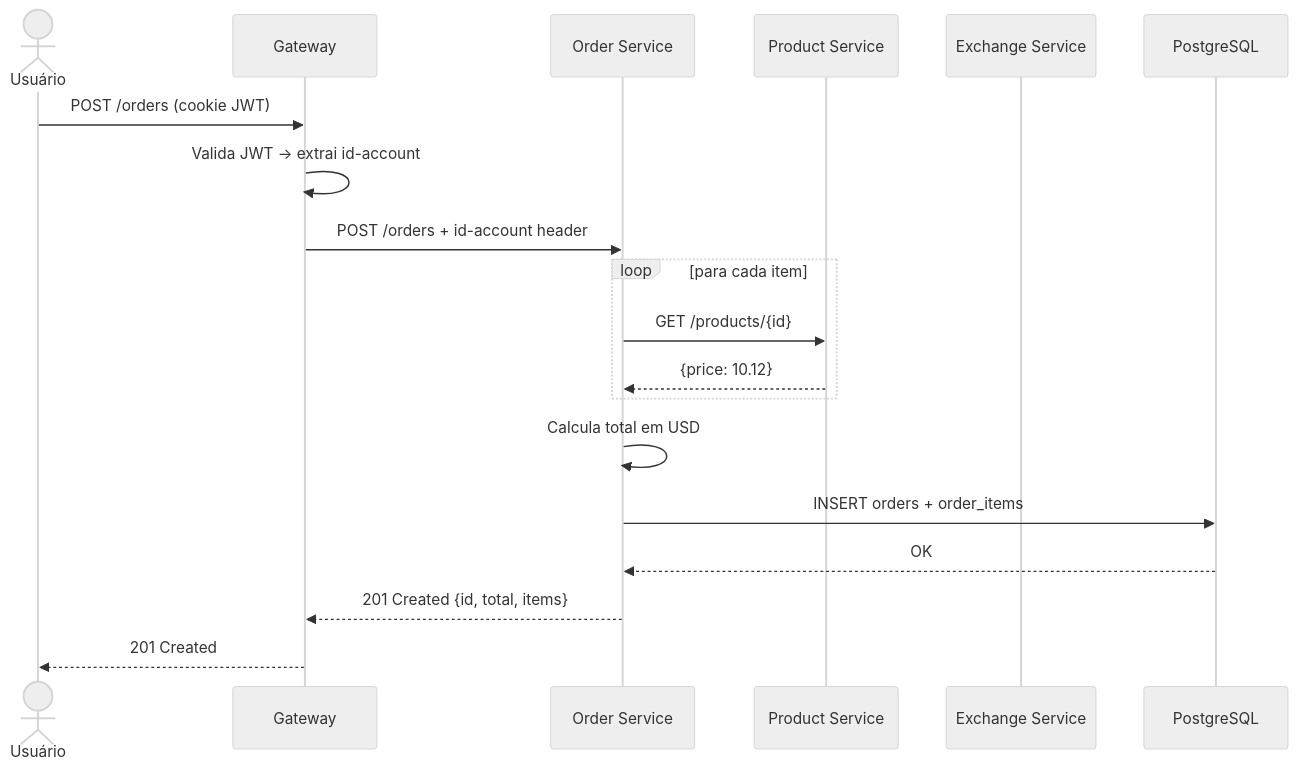
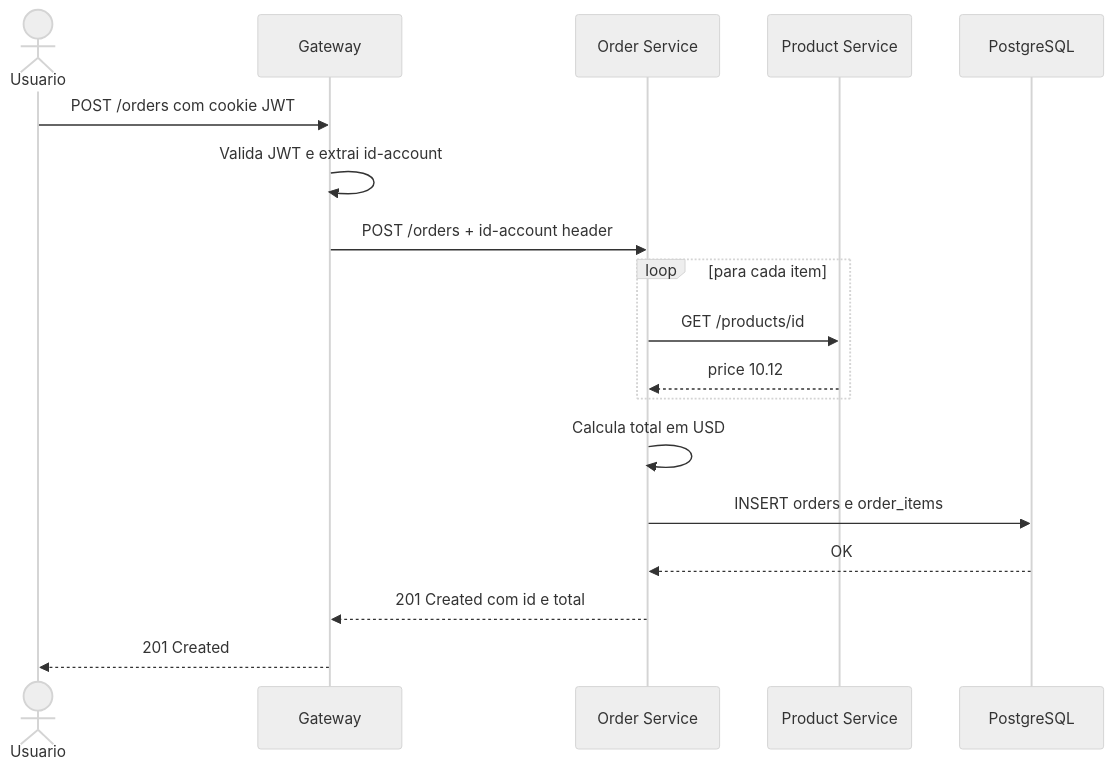
Before and after one commit to microservice-henry/pma.26.1-docs: the third of 5 diagrams in docs/architecture.md, drawn with Mermaid (neutral theme). The commit also changed other lines of this file and 1 other file, not shown here.

Commit message:
fix: mermaid syntax errors and grey theme

````diff
--- a/docs/architecture.md
+++ b/docs/architecture.md
@@ -72,24 +72,23 @@
 ```mermaid
 sequenceDiagram
-    actor U as Usuário
+    actor U as Usuario
     participant GW as Gateway
     participant OS as Order Service
     participant PS as Product Service
-    participant ES as Exchange Service
     participant DB as PostgreSQL
 
-    U->>GW: POST /orders (cookie JWT)
-    GW->>GW: Valida JWT → extrai id-account
+    U->>GW: POST /orders com cookie JWT
+    GW->>GW: Valida JWT e extrai id-account
     GW->>OS: POST /orders + id-account header
 
     loop para cada item
-        OS->>PS: GET /products/{id}
-        PS-->>OS: {price: 10.12}
+        OS->>PS: GET /products/id
+        PS-->>OS: price 10.12
     end
 
     OS->>OS: Calcula total em USD
-    OS->>DB: INSERT orders + order_items
+    OS->>DB: INSERT orders e order_items
     DB-->>OS: OK
-    OS-->>GW: 201 Created {id, total, items}
+    OS-->>GW: 201 Created com id e total
     GW-->>U: 201 Created
 ```
````
